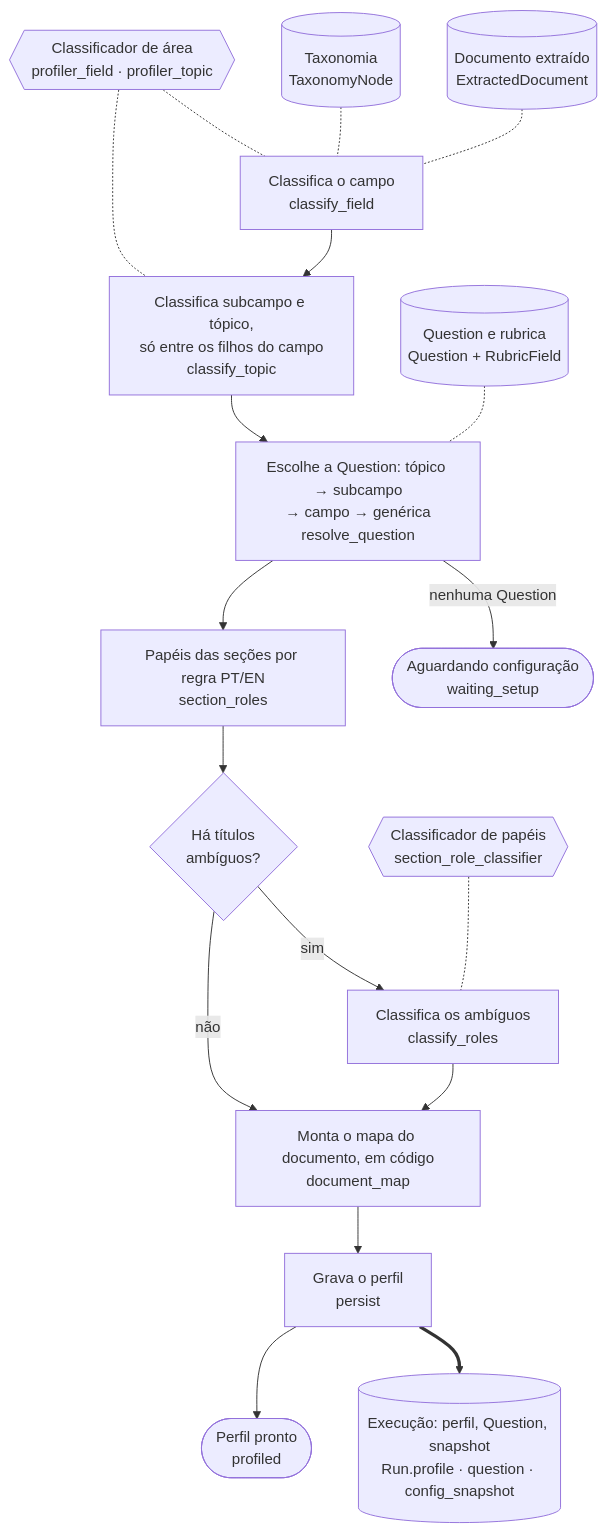
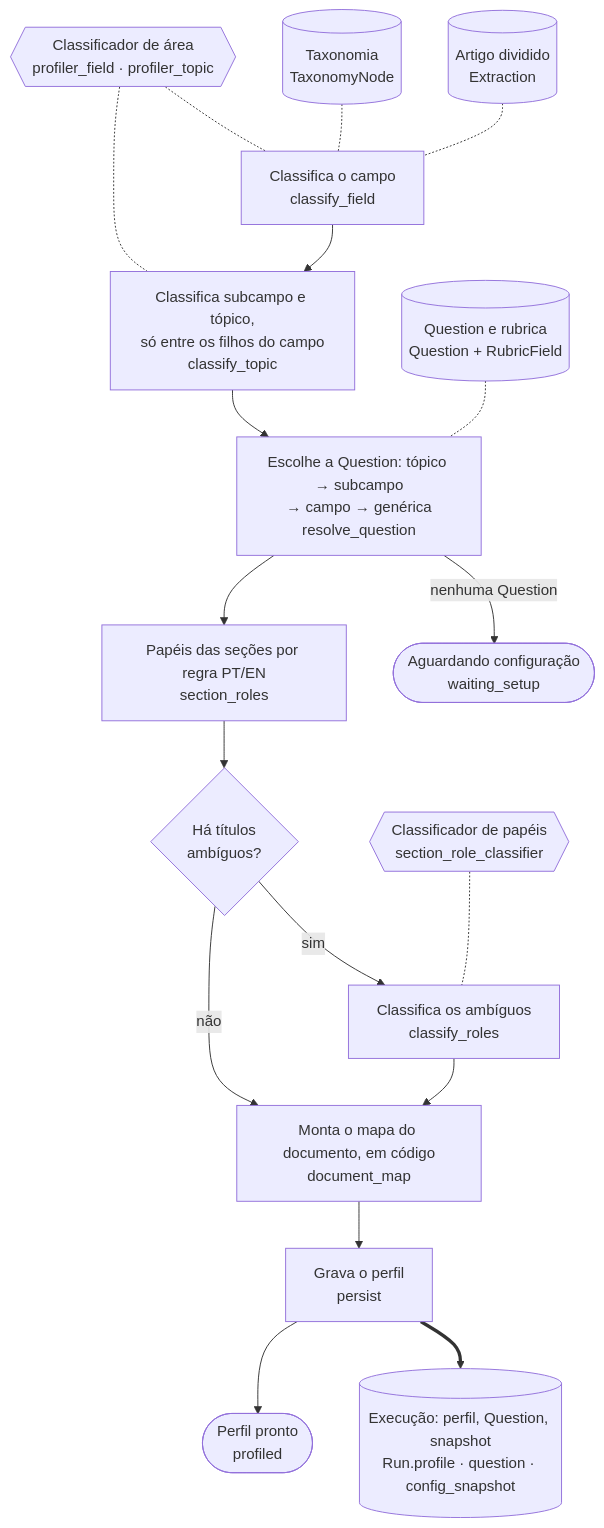
Before and after one commit to iarinhasz/metis_system: the sixth of 10 diagrams in docs/flow_graph.md, drawn with Mermaid. The commit also changed other lines of this file and 76 other files, not shown here.

````diff
--- a/docs/flow_graph.md
+++ b/docs/flow_graph.md
@@ -267,20 +264,20 @@
 ```mermaid
 flowchart TD
-    ED[("Documento extraído<br/>ExtractedDocument")] -.- CF
+    ED[("Artigo dividido<br/>Extraction")] -.- CF
     TAX[("Taxonomia<br/>TaxonomyNode")] -.- CF
     CF["Classifica o campo<br/>classify_field"] --> CT["Classifica subcampo e tópico,<br/>só entre os filhos do campo<br/>classify_topic"]
     AGP{{"Classificador de área<br/>profiler_field · profiler_topic"}} -.- CF
     AGP -.- CT
     CT --> RQ["Escolhe a Question: tópico → subcampo<br/>→ campo → genérica<br/>resolve_question"]
     QST[("Question e rubrica<br/>Question + RubricField")] -.- RQ
     RQ -->|"nenhuma Question"| WS(["Aguardando configuração<br/>waiting_setup"])
     RQ --> RL["Papéis das seções por regra PT/EN<br/>section_roles"]
     RL --> AMB{"Há títulos<br/>ambíguos?"}
     AMB -->|"sim"| CR["Classifica os ambíguos<br/>classify_roles"]
     AGR{{"Classificador de papéis<br/>section_role_classifier"}} -.- CR
     CR --> MAP
     AMB -->|"não"| MAP["Monta o mapa do documento, em código<br/>document_map"]
     MAP --> PER["Grava o perfil<br/>persist"]
     PER ==> RUN[("Execução: perfil, Question, snapshot<br/>Run.profile · question · config_snapshot")]
     PER --> OK(["Perfil pronto<br/>profiled"])
 ```
````
